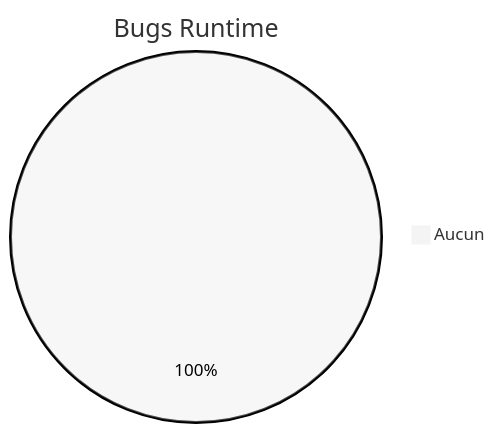
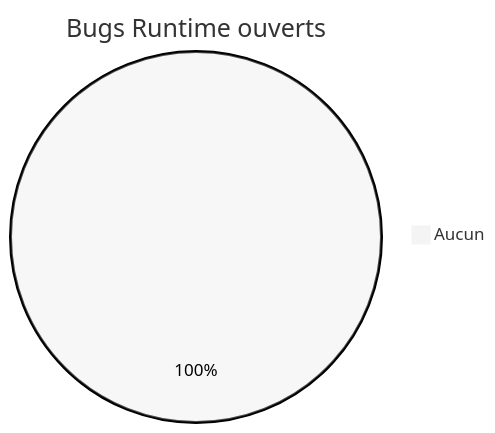
Before and after one commit to JavaChrist/Tai-Chi-AI-Coach: the first of 5 diagrams in docs/runtime/13_BUGS.md, drawn with Mermaid (neutral theme). The commit also changed other lines of this file and 14 other files, not shown here.

````diff
--- a/docs/runtime/13_BUGS.md
+++ b/docs/runtime/13_BUGS.md
@@ -52,4 +85,4 @@
 ```mermaid
-pie title Bugs Runtime
+pie title Bugs Runtime ouverts
   "Aucun" : 1
 ```
````
